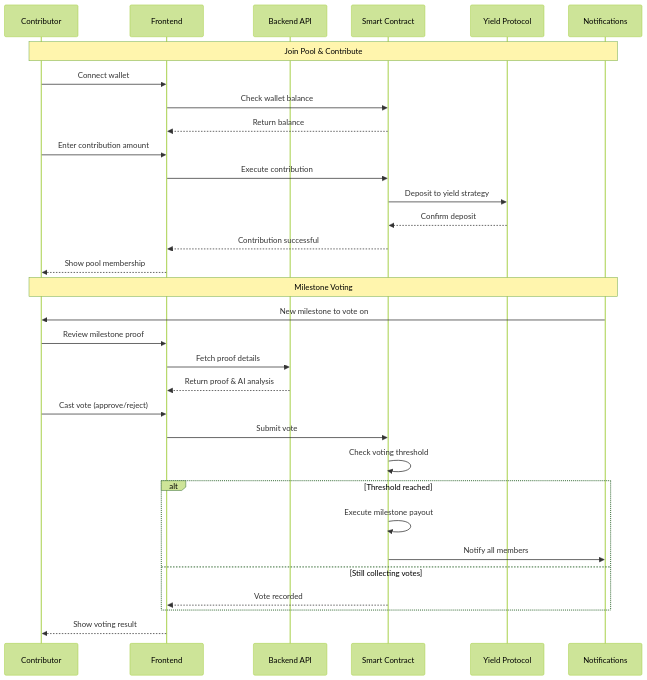
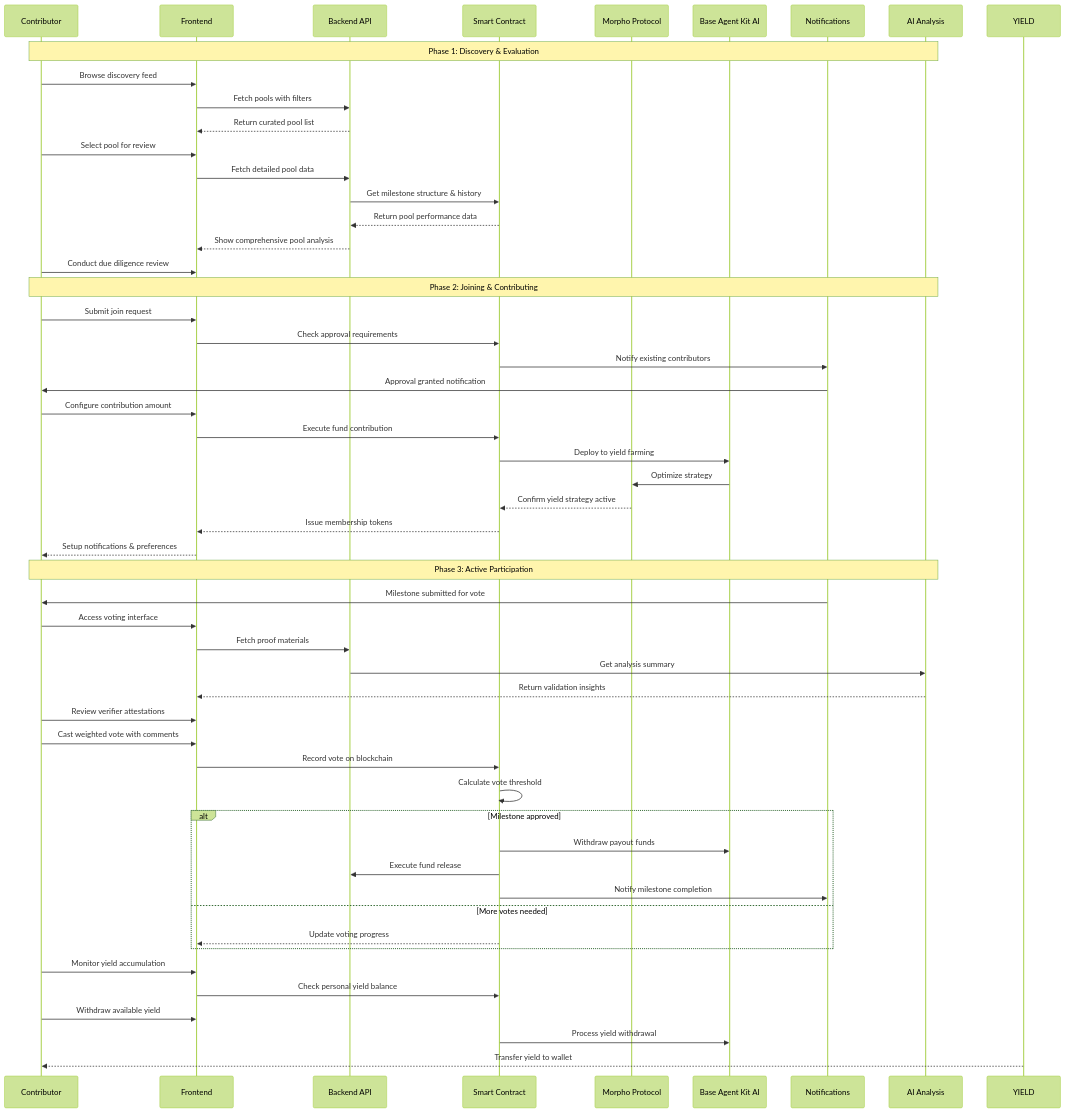
One commit to UPool-Fun/UPool changed the fifth of 11 diagrams in README.md. Above: the diagram before and after it, drawn with Mermaid (forest theme). The commit also changed other lines of this file and 4 other files, not shown here.

````diff
--- a/README.md
+++ b/README.md
@@ -200,36 +217,59 @@
 ```mermaid
 sequenceDiagram
     participant Con as Contributor
     participant UI as Frontend
     participant API as Backend API
     participant SC as Smart Contract
-    participant YIELD as Yield Protocol
+    participant MORPHO as Morpho Protocol
+    participant AGENT as Base Agent Kit AI
     participant NOTIF as Notifications
+    participant AI as AI Analysis
     
-    Note over Con,NOTIF: Join Pool & Contribute
-    Con->>UI: Connect wallet
-    UI->>SC: Check wallet balance
-    SC-->>UI: Return balance
-    Con->>UI: Enter contribution amount
-    UI->>SC: Execute contribution
-    SC->>YIELD: Deposit to yield strategy
-    YIELD-->>SC: Confirm deposit
-    SC-->>UI: Contribution successful
-    UI-->>Con: Show pool membership
+    Note over Con,AI: Phase 1: Discovery & Evaluation
+    Con->>UI: Browse discovery feed
+    UI->>API: Fetch pools with filters
+    API-->>UI: Return curated pool list
+    Con->>UI: Select pool for review
+    UI->>API: Fetch detailed pool data
+    API->>SC: Get milestone structure & history
+    SC-->>API: Return pool performance data
+    API-->>UI: Show comprehensive pool analysis
+    Con->>UI: Conduct due diligence review
     
-    Note over Con,NOTIF: Milestone Voting
-    NOTIF->>Con: New milestone to vote on
-    Con->>UI: Review milestone proof
-    UI->>API: Fetch proof details
-    API-->>UI: Return proof & AI analysis
-    Con->>UI: Cast vote (approve/reject)
-    UI->>SC: Submit vote
-    SC->>SC: Check voting threshold
-    alt Threshold reached
-        SC->>SC: Execute milestone payout
-        SC->>NOTIF: Notify all members
-    else Still collecting votes
-        SC-->>UI: Vote recorded
+    Note over Con,AI: Phase 2: Joining & Contributing
+    Con->>UI: Submit join request
+    UI->>SC: Check approval requirements
+    SC->>NOTIF: Notify existing contributors
+    NOTIF->>Con: Approval granted notification
+    Con->>UI: Configure contribution amount
+    UI->>SC: Execute fund contribution
+    SC->>AGENT: Deploy to yield farming
+    AGENT->>MORPHO: Optimize strategy
+        MORPHO-->>SC: Confirm yield strategy active
+    SC-->>UI: Issue membership tokens
+    UI-->>Con: Setup notifications & preferences
+    
+    Note over Con,AI: Phase 3: Active Participation
+    NOTIF->>Con: Milestone submitted for vote
+    Con->>UI: Access voting interface
+    UI->>API: Fetch proof materials
+    API->>AI: Get analysis summary
+    AI-->>UI: Return validation insights
+    Con->>UI: Review verifier attestations
+    Con->>UI: Cast weighted vote with comments
+    UI->>SC: Record vote on blockchain
+    SC->>SC: Calculate vote threshold
+    alt Milestone approved
+        SC->>AGENT: Withdraw payout funds
+        SC->>API: Execute fund release
+        SC->>NOTIF: Notify milestone completion
+    else More votes needed
+        SC-->>UI: Update voting progress
     end
-    UI-->>Con: Show voting result
+    
+    Con->>UI: Monitor yield accumulation
+    UI->>SC: Check personal yield balance
+    Con->>UI: Withdraw available yield
+    SC->>AGENT: Process yield withdrawal
+    YIELD-->>Con: Transfer yield to wallet
 ```
````
